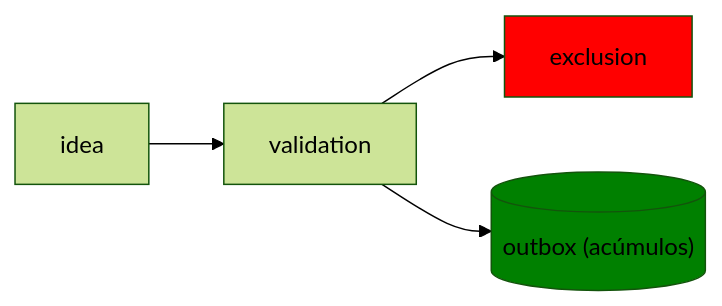
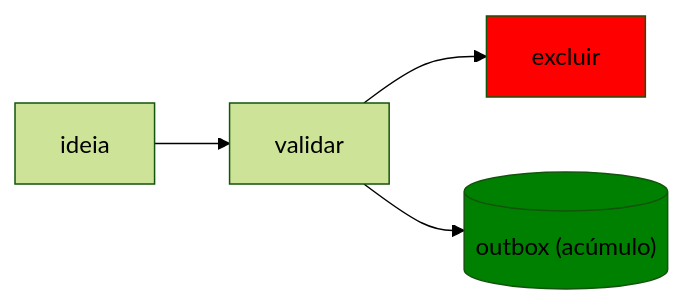
One commit to sergiohpreis/acumulos changed the second of 2 diagrams in content/Fluxo de pensamento da idéia ao acúmulo.md. Above: the diagram before and after it, drawn with Mermaid (forest theme). The commit also changed other lines of this file and 2 other files, not shown here.

Commit message:
Quartz sync: Feb 13, 2026, 4:28 AM

````diff
--- a/content/Fluxo de pensamento da idéia ao acúmulo.md
+++ b/content/Fluxo de pensamento da idéia ao acúmulo.md
@@ -46,10 +46,10 @@
 ```mermaid
 flowchart LR
 
-idea --> validation
-validation --> exclusion
-validation --> outbox[("outbox (acúmulos)")]
+ideia --> validar
+validar --> excluir
+validar --> outbox[("outbox (acúmulo)")]
 
-style exclusion fill:red
+style excluir fill:red
 style outbox fill:green
 ```
````
